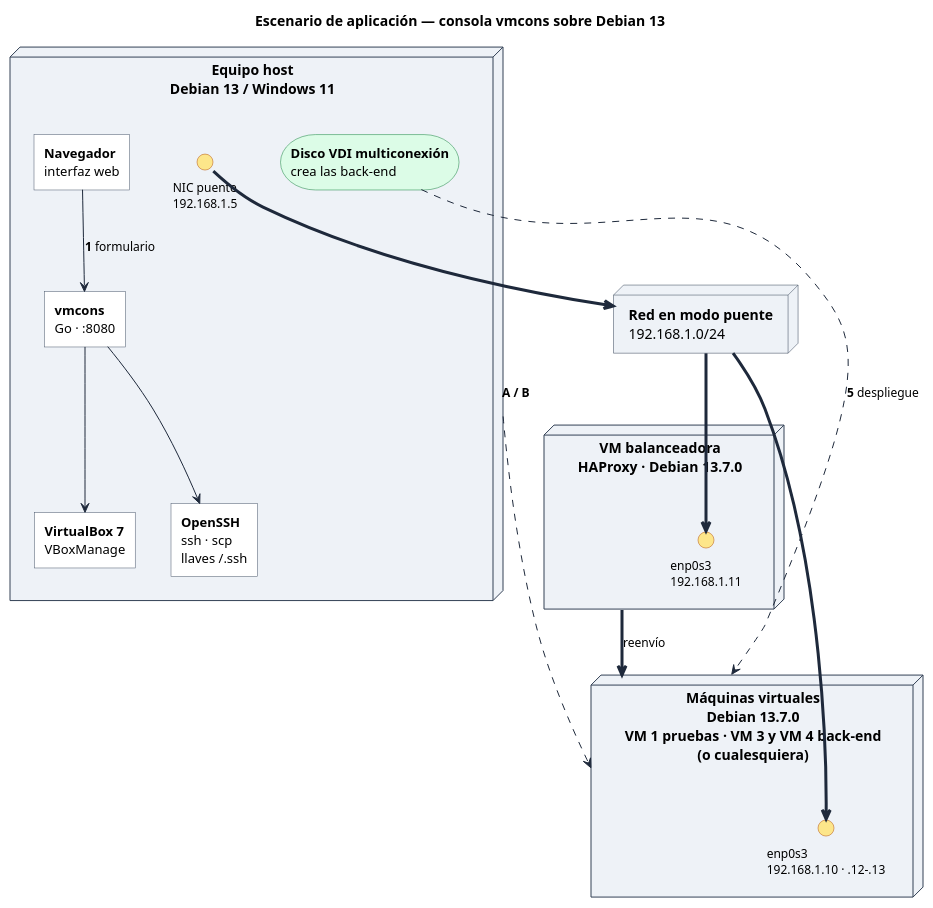
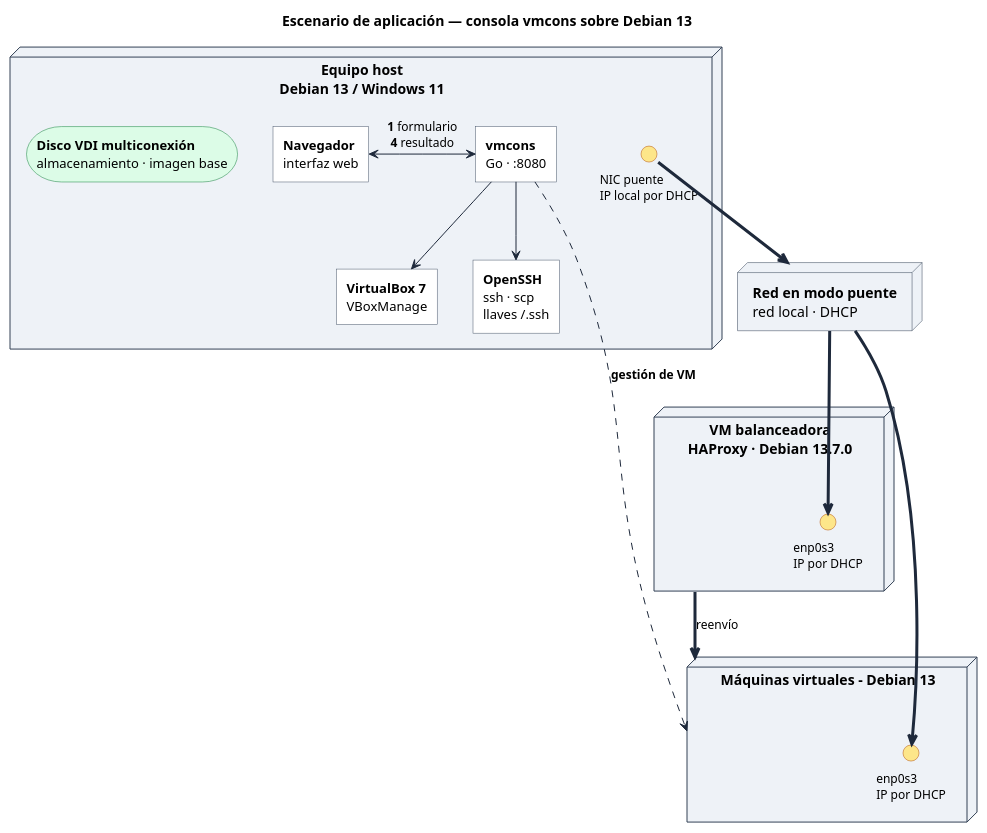
Before and after one commit to spalax-dev/vm-console-automation: the diagram in docs/diagramas/escenario.puml, drawn with PlantUML. The commit also changed other lines of this file and 3 other files, not shown here.

Commit message:
Rediseño del diagrama de escenario: balanceador propio, contenedor de VM y enlace único

```diff
--- a/docs/diagramas/escenario.puml
+++ b/docs/diagramas/escenario.puml
@@ -25,75 +31,73 @@
 @startuml escenario
 title Escenario de aplicación — consola **vmcons** sobre Debian 13
 
 skinparam backgroundColor #FFFFFF
 skinparam defaultFontSize 14
 skinparam shadowing false
 skinparam roundCorner 0
 skinparam node {
   BackgroundColor #EEF2F7
   BorderColor #334155
   FontSize 14
 }
 skinparam rectangle {
   BackgroundColor #FFFFFF
   BorderColor #475569
   FontSize 13
 }
 skinparam interface {
   BackgroundColor #FDE68A
   BorderColor #B45309
   FontSize 12
 }
 skinparam storage {
   BackgroundColor #DCFCE7
   BorderColor #15803D
   FontSize 13
 }
 skinparam arrow {
   FontSize 12
   Color #1E293B
 }
 
 ' ---------------- Equipo anfitrión ----------------
 node "**Equipo host**\nDebian 13 / Windows 11" as host {
   rectangle "**Navegador**\ninterfaz web" as web
   rectangle "**vmcons**\nGo · :8080" as consola
   rectangle "**VirtualBox 7**\nVBoxManage" as vbox
   rectangle "**OpenSSH**\nssh · scp\nllaves ~/.ssh" as sshc
-  interface "NIC puente\n192.168.1.5" as ifh
-  storage "**Disco VDI multiconexión**\ncrea las back-end" as disco
+  interface "NIC puente\nIP local por DHCP" as ifh
+  storage "**Disco VDI multiconexión**\nalmacenamiento · imagen base" as disco
 }
 
 ' ---------------- Red ----------------
-node "**Red en modo puente**\n192.168.1.0/24" as lan
+node "**Red en modo puente**\nred local · DHCP" as lan
 
 ' ---------------- Balanceador (módulo 3.4) ----------------
 node "**VM balanceadora**\nHAProxy · Debian 13.7.0" as bal {
-  interface "enp0s3\n192.168.1.11" as ifb
+  interface "enp0s3\nIP por DHCP" as ifb
 }
 
 ' ---------------- Back-end y VM de pruebas (resumen) ----------------
-node "**Máquinas virtuales**\nDebian 13.7.0\nVM 1 pruebas · VM 3 y VM 4 back-end\n(o cualesquiera)" as vms {
-  interface "enp0s3\n192.168.1.10 · .12–.13" as ifv
+node "**Máquinas virtuales - Debian 13**" as vms {
+  interface "enp0s3\nIP por DHCP" as ifv
 }
 
 ' ---------------- Almacenamiento ----------------
 ' (el disco vive dentro del equipo host, declarado arriba)
 
 ' ---------------- Uso de VirtualBox y OpenSSH por vmcons ----------------
-web --> consola : **1** formulario
+web <-> consola : **1** formulario\n**4** resultado
 consola --> vbox
 consola --> sshc
 
 ' ---------------- Enlaces físicos de red ----------------
 ifh -[thickness=3]-> lan
 lan -[thickness=3]-> ifb
 lan -[thickness=3]-> ifv
 bal -[thickness=3]-> vms : reenvío
 
-' ---------------- Mecanismo de comunicación host <-> VM ----------------
-host ..> vms : **A / B**
-
-disco ..> vms : **5** despliegue
+' ---------------- vmcons maneja las máquinas virtuales ----------------
+consola ..> vms : **gestión de VM**
 
 @enduml
```
